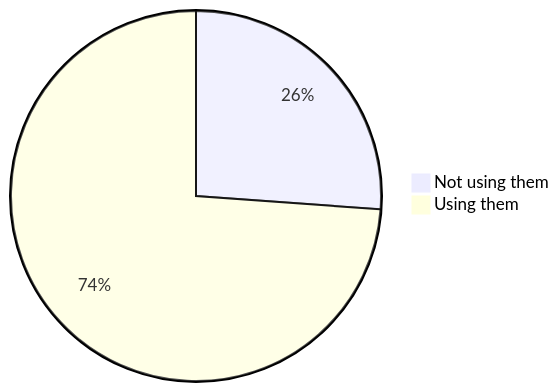
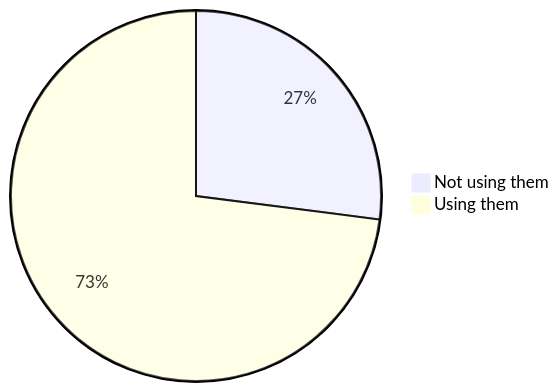
The first of 22 diagrams in stats.md (oshp/oshp-stats), drawn with Mermaid before and after one commit. The commit also changed other lines of this file, not shown here.

````diff
--- a/stats.md
+++ b/stats.md
@@ -10,6 +10,6 @@
 ```mermaid
 pie
-	"Not using them" : 26.15
-	"Using them" : 73.85
+	"Not using them" : 27.03
+	"Using them" : 72.97
 
 ```
````
